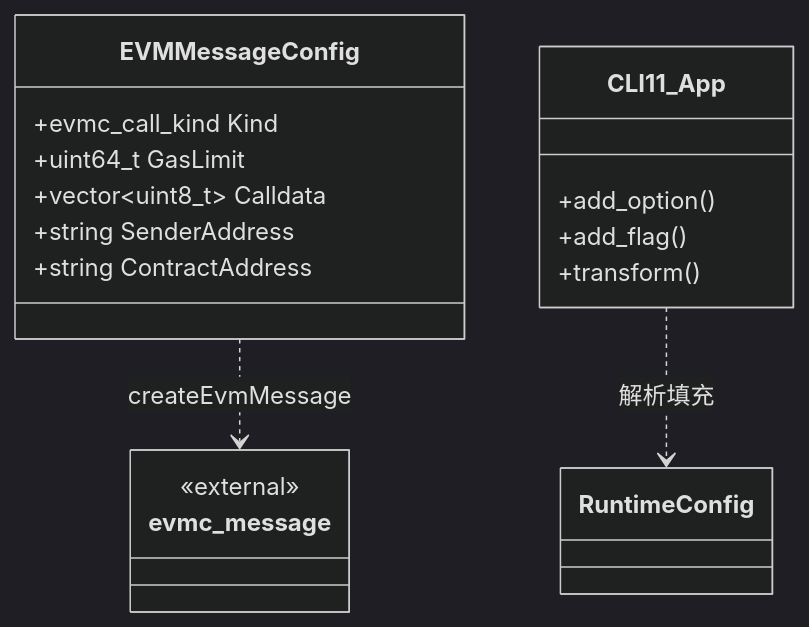
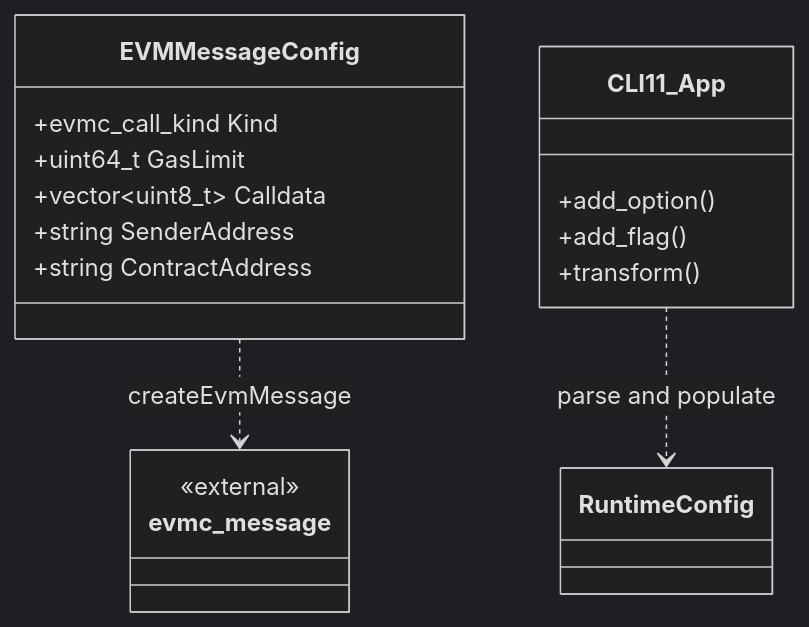
The diagram in specs/modules/cli/data-model.md (DTVMStack/DTVM), drawn with Mermaid (dark theme) before and after one commit. The commit also changed other lines of this file and 41 other files, not shown here.

````diff
--- a/specs/modules/cli/data-model.md
+++ b/specs/modules/cli/data-model.md
@@ -5,25 +5,25 @@
 ```mermaid
 classDiagram
     direction TB
 
     class EVMMessageConfig {
         +evmc_call_kind Kind
         +uint64_t GasLimit
         +vector~uint8_t~ Calldata
         +string SenderAddress
         +string ContractAddress
     }
 
     class evmc_message {
         <<external>>
     }
 
     class CLI11_App {
         +add_option()
         +add_flag()
         +transform()
     }
 
     EVMMessageConfig ..> evmc_message : createEvmMessage
-    CLI11_App ..> RuntimeConfig : 解析填充
+    CLI11_App ..> RuntimeConfig : parse and populate
 ```
````
